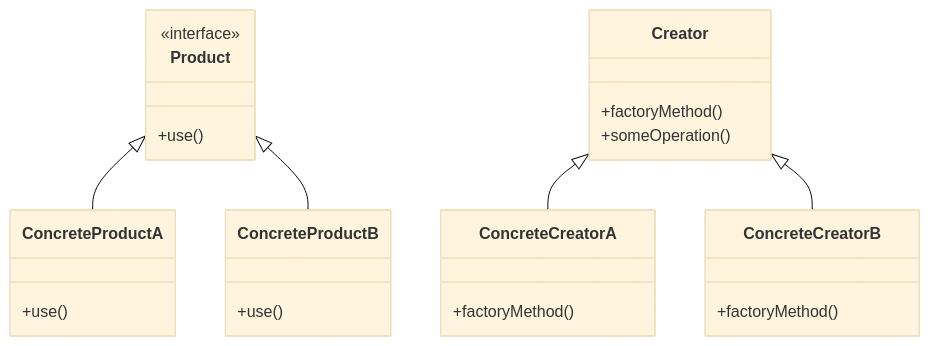
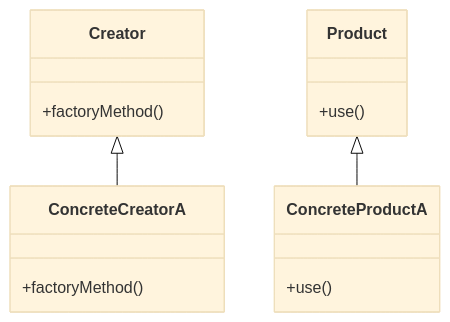
The third of 8 diagrams in articles/_posts/2024/2024-08-21-factory-method.md (42jerrykim/42jerrykim.github.io), drawn with Mermaid (base theme) before and after one commit. The commit also changed other lines of this file, not shown here.

````diff
--- a/articles/_posts/2024/2024-08-21-factory-method.md
+++ b/articles/_posts/2024/2024-08-21-factory-method.md
@@ -542,28 +423,18 @@
 ```mermaid
 classDiagram
+    class Creator {
+        +factoryMethod()
+    }
+    class ConcreteCreatorA {
+        +factoryMethod()
+    }
     class Product {
-        <<interface>>
         +use()
     }
     class ConcreteProductA {
         +use()
     }
-    class ConcreteProductB {
-        +use()
-    }
-    class Creator {
-        +factoryMethod()
-        +someOperation()
-    }
-    class ConcreteCreatorA {
-        +factoryMethod()
-    }
-    class ConcreteCreatorB {
-        +factoryMethod()
-    }
-
+    
+    Creator <|-- ConcreteCreatorA
     Product <|-- ConcreteProductA
-    Product <|-- ConcreteProductB
-    Creator <|-- ConcreteCreatorA
-    Creator <|-- ConcreteCreatorB
 ```
````
